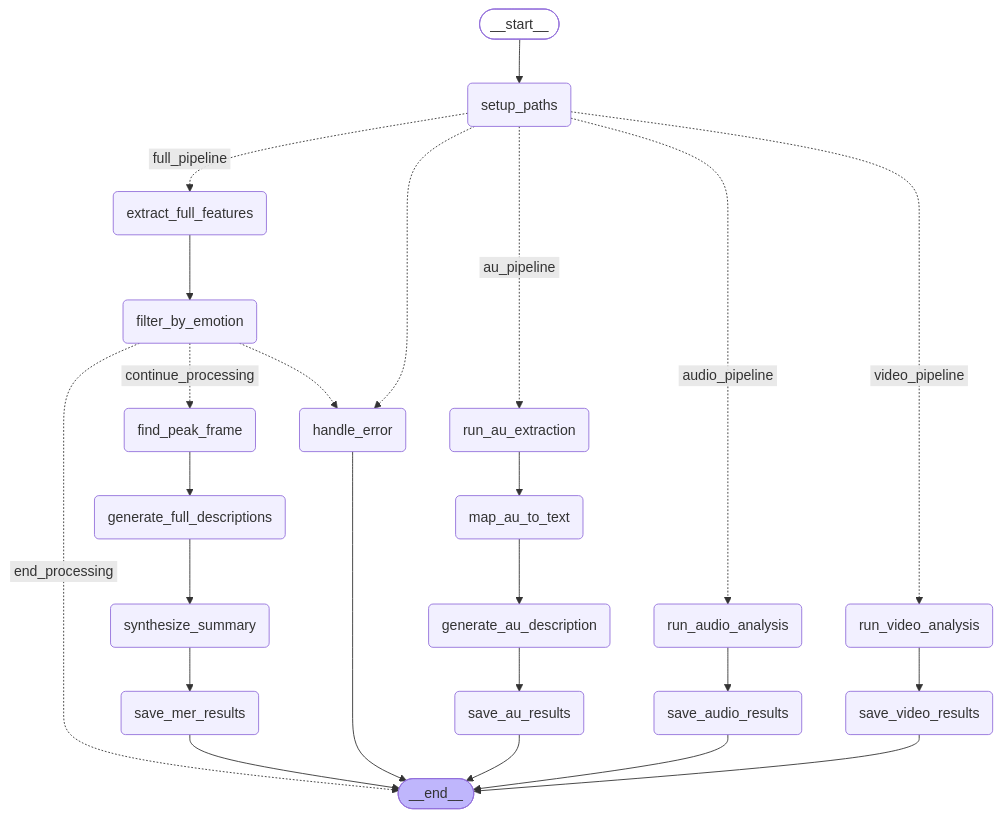
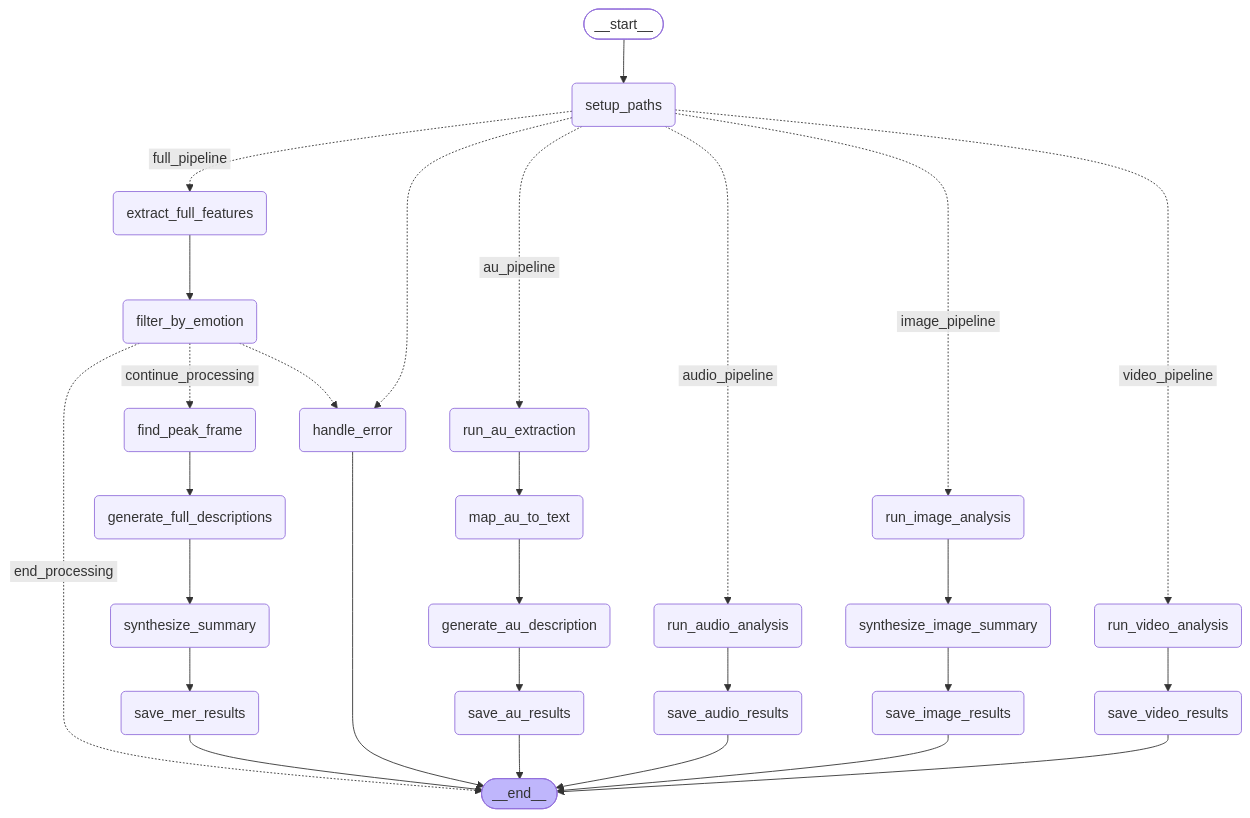
One commit to viveksapkal2793/MER-Factory changed the diagram in README.md. Above: the diagram before and after it, drawn with Mermaid.

Commit message:
graph vis

````diff
--- a/README.md
+++ b/README.md
@@ -13,47 +13,54 @@
 ```mermaid
 graph TD;
         __start__([<p>__start__</p>]):::first
         setup_paths(setup_paths)
         handle_error(handle_error)
         run_au_extraction(run_au_extraction)
         map_au_to_text(map_au_to_text)
         generate_au_description(generate_au_description)
         save_au_results(save_au_results)
         run_audio_analysis(run_audio_analysis)
         save_audio_results(save_audio_results)
         run_video_analysis(run_video_analysis)
         save_video_results(save_video_results)
         extract_full_features(extract_full_features)
         filter_by_emotion(filter_by_emotion)
         find_peak_frame(find_peak_frame)
         generate_full_descriptions(generate_full_descriptions)
         synthesize_summary(synthesize_summary)
         save_mer_results(save_mer_results)
+        run_image_analysis(run_image_analysis)
+        synthesize_image_summary(synthesize_image_summary)
+        save_image_results(save_image_results)
         __end__([<p>__end__</p>]):::last
         __start__ --> setup_paths;
         extract_full_features --> filter_by_emotion;
         filter_by_emotion -. &nbsp;end_processing&nbsp; .-> __end__;
         filter_by_emotion -. &nbsp;continue_processing&nbsp; .-> find_peak_frame;
         filter_by_emotion -.-> handle_error;
         find_peak_frame --> generate_full_descriptions;
         generate_au_description --> save_au_results;
         generate_full_descriptions --> synthesize_summary;
         map_au_to_text --> generate_au_description;
         run_au_extraction --> map_au_to_text;
         run_audio_analysis --> save_audio_results;
+        run_image_analysis --> synthesize_image_summary;
         run_video_analysis --> save_video_results;
         setup_paths -. &nbsp;full_pipeline&nbsp; .-> extract_full_features;
         setup_paths -.-> handle_error;
         setup_paths -. &nbsp;au_pipeline&nbsp; .-> run_au_extraction;
         setup_paths -. &nbsp;audio_pipeline&nbsp; .-> run_audio_analysis;
+        setup_paths -. &nbsp;image_pipeline&nbsp; .-> run_image_analysis;
         setup_paths -. &nbsp;video_pipeline&nbsp; .-> run_video_analysis;
+        synthesize_image_summary --> save_image_results;
         synthesize_summary --> save_mer_results;
         handle_error --> __end__;
         save_au_results --> __end__;
         save_audio_results --> __end__;
+        save_image_results --> __end__;
         save_mer_results --> __end__;
         save_video_results --> __end__;
         classDef default fill:#f2f0ff,line-height:1.2
         classDef first fill-opacity:0
         classDef last fill:#bfb6fc
 ```
````
